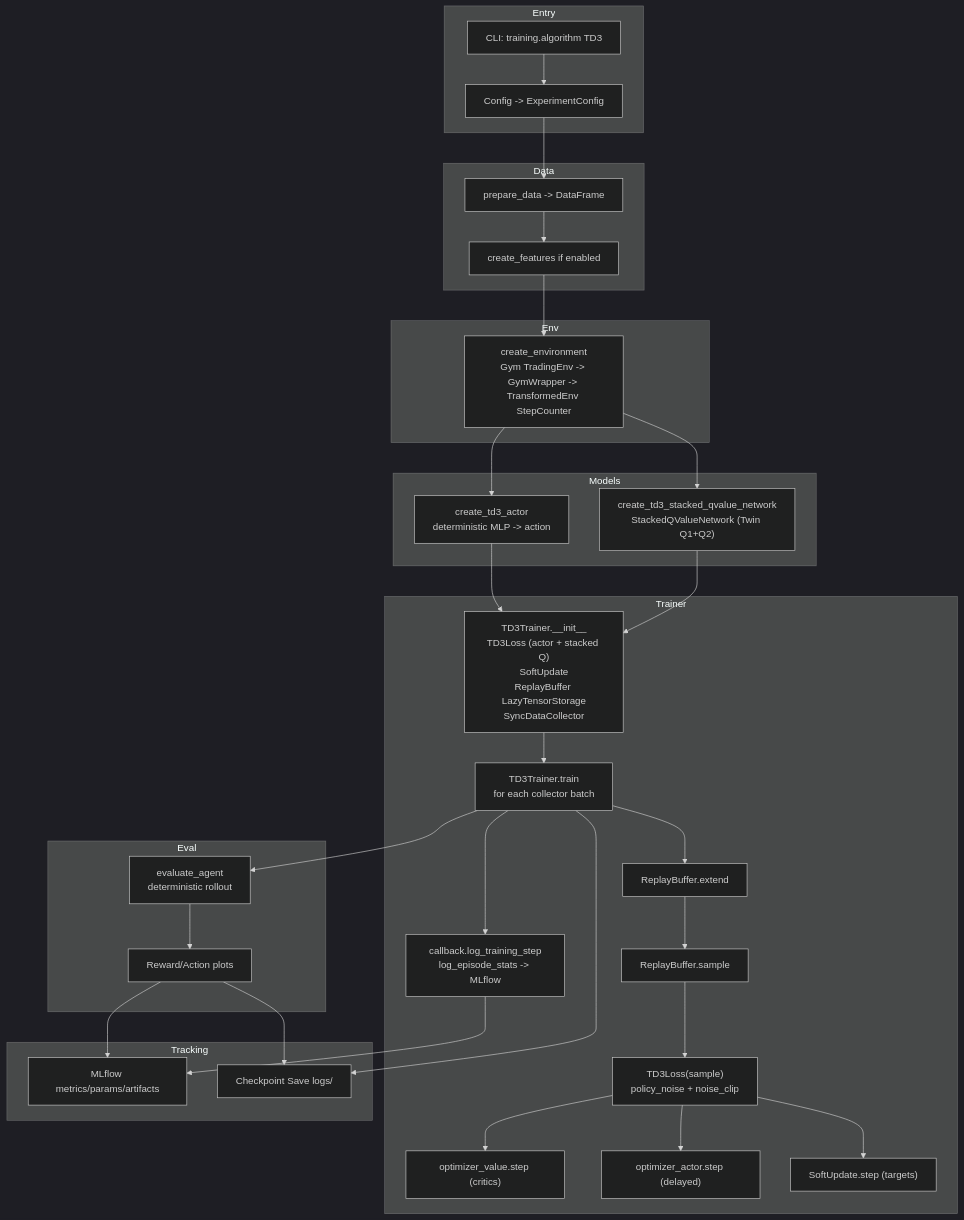
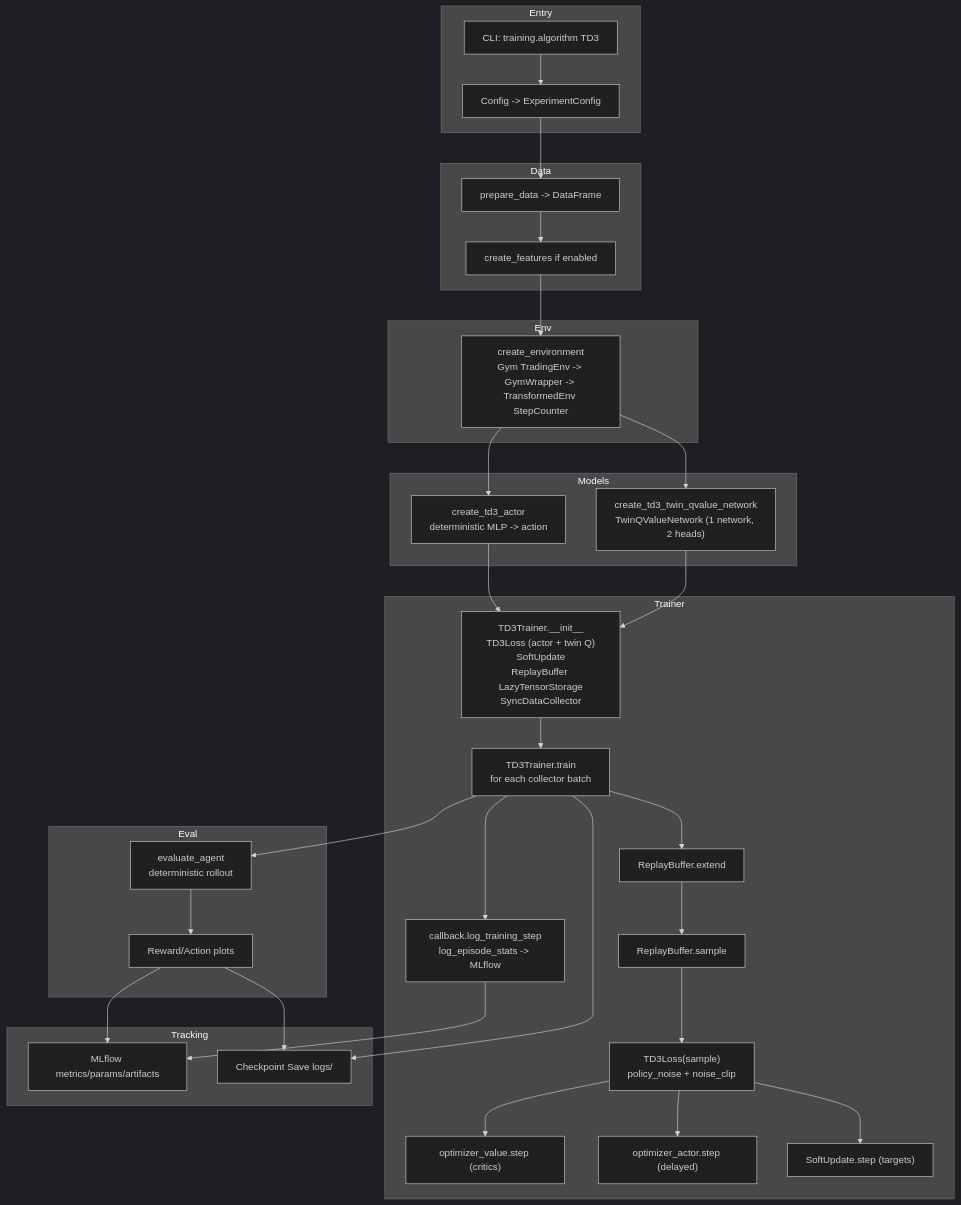
Before and after one commit to kwojdalski/masters_thesis: the diagram in docs/td3_implementation_overview.md, drawn with Mermaid (dark theme). The commit also changed other lines of this file and 3 other files, not shown here.

````diff
--- a/docs/td3_implementation_overview.md
+++ b/docs/td3_implementation_overview.md
@@ -5,58 +5,58 @@
 ```mermaid
 flowchart TD
     subgraph Entry
         A["CLI: training.algorithm TD3"]
         A1["Config -> ExperimentConfig"]
     end
 
     subgraph Data
         B["prepare_data -> DataFrame"]
         B1["create_features if enabled"]
     end
 
     subgraph Env
         C["create_environment<br/>Gym TradingEnv -> GymWrapper -> TransformedEnv StepCounter"]
     end
 
     subgraph Models
         D["create_td3_actor<br/>deterministic MLP -> action"]
-        E["create_td3_stacked_qvalue_network<br/>StackedQValueNetwork (Twin Q1+Q2)"]
+        E["create_td3_twin_qvalue_network<br/>TwinQValueNetwork (1 network, 2 heads)"]
     end
 
     subgraph Trainer
-        F["TD3Trainer.__init__<br/>TD3Loss (actor + stacked Q)<br/>SoftUpdate<br/>ReplayBuffer LazyTensorStorage<br/>SyncDataCollector"]
+        F["TD3Trainer.__init__<br/>TD3Loss (actor + twin Q)<br/>SoftUpdate<br/>ReplayBuffer LazyTensorStorage<br/>SyncDataCollector"]
         G["TD3Trainer.train<br/>for each collector batch"]
         H["ReplayBuffer.extend"]
         I["ReplayBuffer.sample"]
         J["TD3Loss(sample)<br/>policy_noise + noise_clip"]
         K["optimizer_value.step (critics)"]
         L["optimizer_actor.step (delayed)"]
         M["SoftUpdate.step (targets)"]
         N["callback.log_training_step<br/>log_episode_stats -> MLflow"]
     end
 
     subgraph Eval
         O["evaluate_agent<br/>deterministic rollout"]
         P["Reward/Action plots"]
     end
 
     subgraph Tracking
         Q["MLflow metrics/params/artifacts"]
         R["Checkpoint Save logs/"]
     end
 
     A --> A1 --> B --> B1 --> C
     C --> D
     C --> E
     D --> F
     E --> F
     F --> G
     G --> H --> I --> J
     J --> K
     J --> L
     J --> M
     G --> N --> Q
     G --> R
     G --> O --> P --> Q
     P --> R
 ```
````
